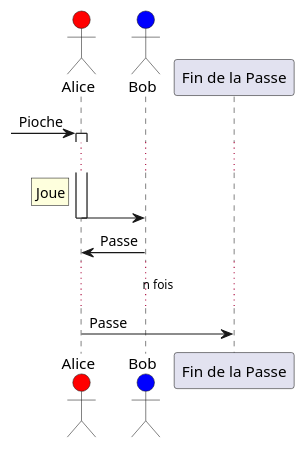
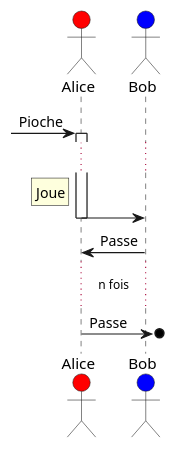
One commit to de-dale/wiki changed the fifth of 7 diagrams in sphérier/référence/phases-de-jeu/combat.md. Above: the diagram before and after it, drawn with PlantUML. The commit also changed other lines of this file, not shown here.

````diff
--- a/sphérier/référence/phases-de-jeu/combat.md
+++ b/sphérier/référence/phases-de-jeu/combat.md
@@ -184,13 +185,13 @@
 ```plantuml
 actor Alice #red
 actor Bob #blue
 [-> Alice ++ : Pioche
 
 ...
 rnote left of Alice: Joue
 Alice -> Bob --
 Bob -> Alice : Passe
 ...n fois... 
 
-Alice -> "Fin de la Passe" ** : Passe
+Alice ->o] : Passe
 ```
````
